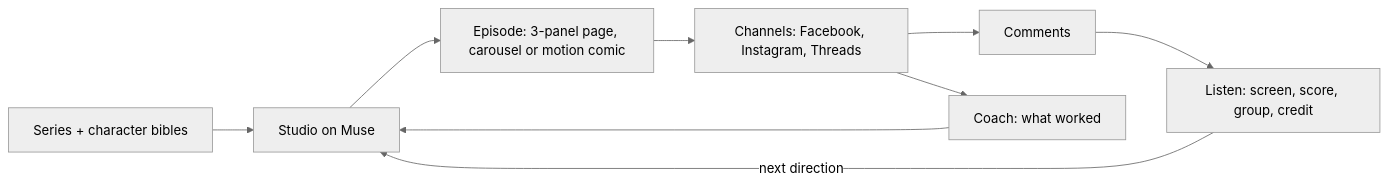
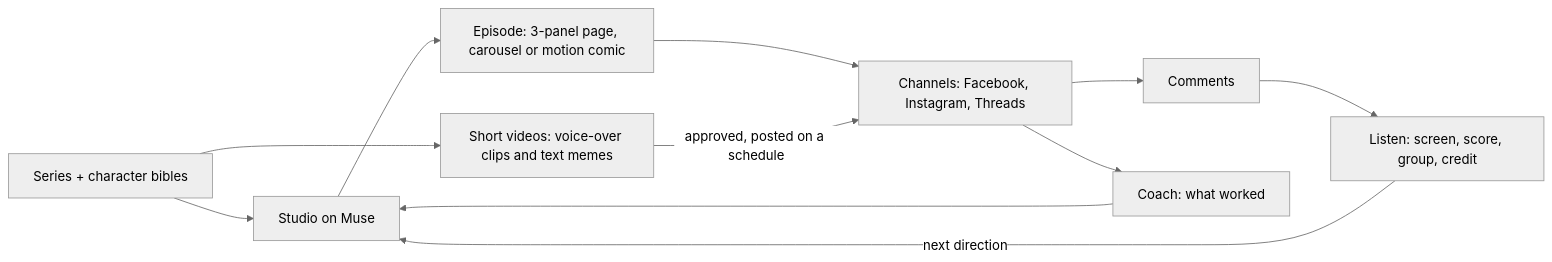
The diagram in README.md (taidang26/hoi-sau-studio), drawn with Mermaid (neutral theme) before and after one commit. The commit also changed other lines of this file and 4 other files, not shown here.

````diff
--- a/README.md
+++ b/README.md
@@ -46,10 +46,12 @@
 ```mermaid
 flowchart LR
   B[Series + character bibles] --> S[Studio on Muse]
   S --> E[Episode: 3-panel page, carousel or motion comic]
   E --> C[Channels: Facebook, Instagram, Threads]
   C --> K[Comments]
   K --> L[Listen: screen, score, group, credit]
   L -->|next direction| S
   C --> Q[Coach: what worked] --> S
+  B --> V[Short videos: voice-over clips and text memes]
+  V -->|approved, posted on a schedule| C
 ```
````
